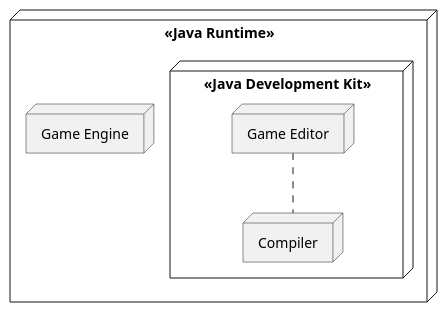
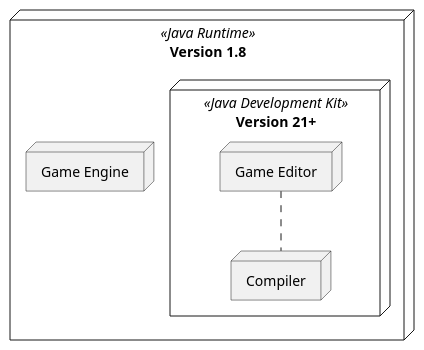
One commit to Christian-2003/CrInGE changed the diagram in docs/resources/UML/asr/kapitel 7/DeploymentDiagramm.puml. Above: the diagram before and after it, drawn with PlantUML.

Commit message:
update uml diagramm

```diff
--- a/docs/resources/UML/asr/kapitel 7/DeploymentDiagramm.puml
+++ b/docs/resources/UML/asr/kapitel 7/DeploymentDiagramm.puml
@@ -1,22 +1,22 @@
 @startuml
 
 
-Node "<<Java Runtime>>" as JR{
-  Node "<<Java Development Kit>>" as JDK{
+Node "Version 1.8" <<Java Runtime>> as JR{
+  Node "Version 21+" <<Java Development Kit>> as JDK{
     Node "Game Editor" as GE{
 
 
     }
     Node "Compiler" as C{
 
 
     }
   }
   Node "Game Engine" as GE2{
 
 
   }
 }
 
 GE .. C
 @enduml
```
